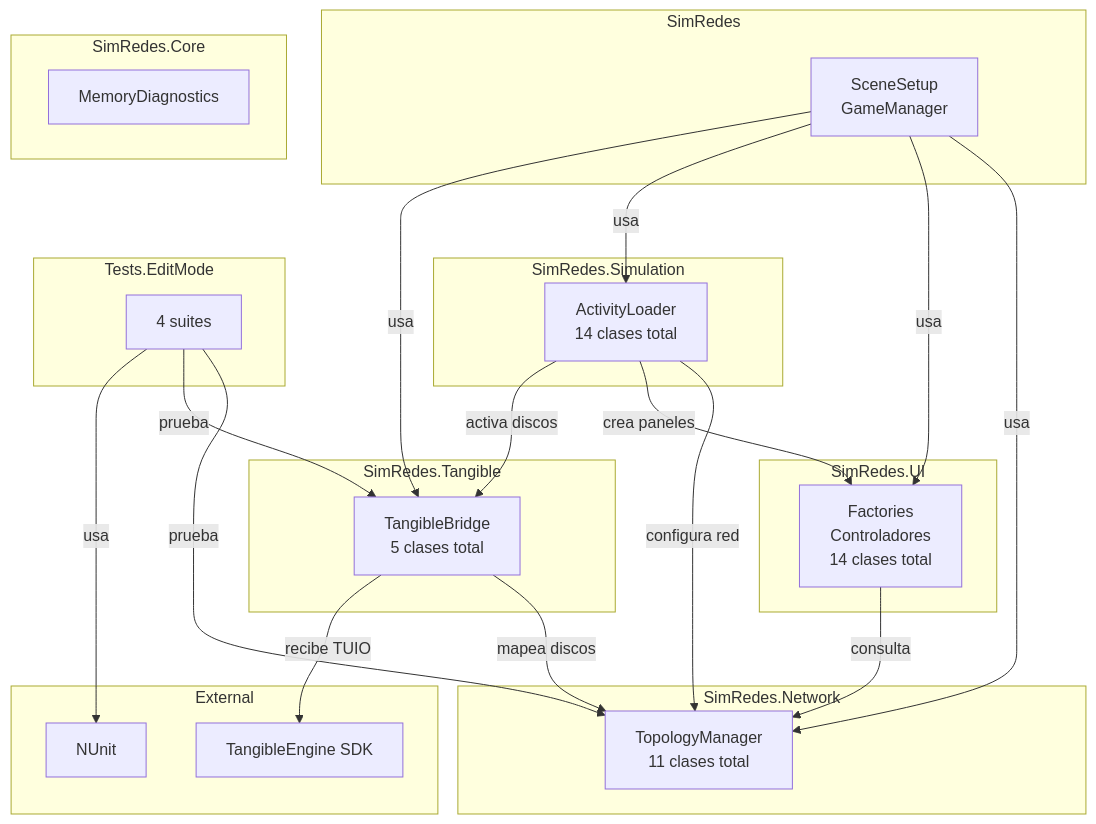
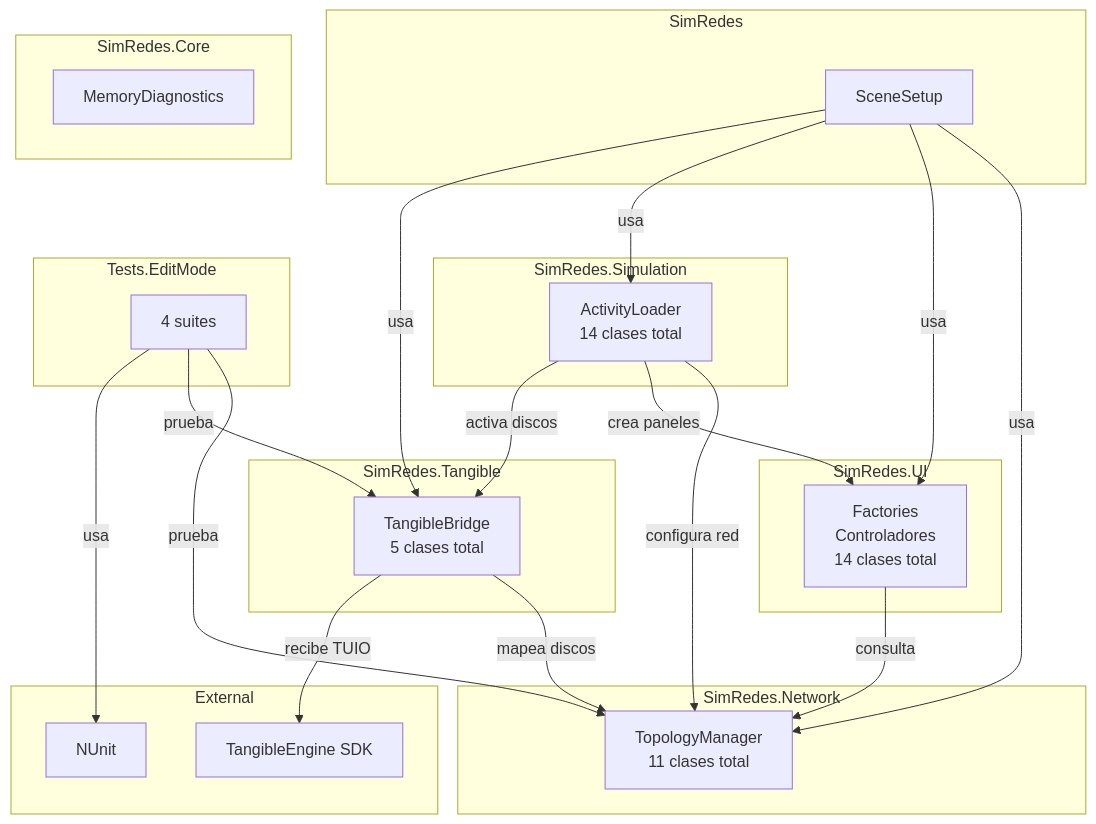
Before and after one commit to Josmarinr/ProyectoGI_SimuladorRedesIDEUM: the diagram in docs/diagrams/mermaid/packages/06f-dependencies.md, drawn with Mermaid. The commit also changed 28 other files, not shown here.

````diff
--- a/docs/diagrams/mermaid/packages/06f-dependencies.md
+++ b/docs/diagrams/mermaid/packages/06f-dependencies.md
@@ -3,53 +3,53 @@
 ```mermaid
 graph TB
     subgraph SIM["SimRedes"]
-        ROOT[SceneSetup<br/>GameManager]
+        ROOT[SceneSetup]
     end
 
     subgraph NET["SimRedes.Network"]
         TM[TopologyManager<br/>11 clases total]
     end
 
     subgraph TAN["SimRedes.Tangible"]
         TB[TangibleBridge<br/>5 clases total]
     end
 
     subgraph ACT["SimRedes.Simulation"]
         AL[ActivityLoader<br/>14 clases total]
     end
 
     subgraph UI["SimRedes.UI"]
         FAC[Factories<br/>Controladores<br/>14 clases total]
     end
 
     subgraph CORE["SimRedes.Core"]
         MD[MemoryDiagnostics]
     end
 
     subgraph EXT["External"]
         TE[TangibleEngine SDK]
         NU[NUnit]
     end
 
     subgraph TEST["Tests.EditMode"]
         TST[4 suites]
     end
 
     ROOT -->|usa| TM
     ROOT -->|usa| FAC
     ROOT -->|usa| AL
     ROOT -->|usa| TB
 
     TB -->|mapea discos| TM
     TB -->|recibe TUIO| TE
 
     AL -->|configura red| TM
     AL -->|crea paneles| FAC
     AL -->|activa discos| TB
 
     FAC -->|consulta| TM
 
     TST -->|prueba| TM
     TST -->|prueba| TB
     TST -->|usa| NU
 ```
````
